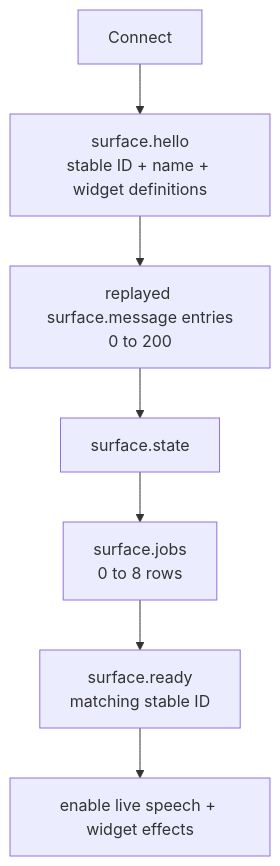
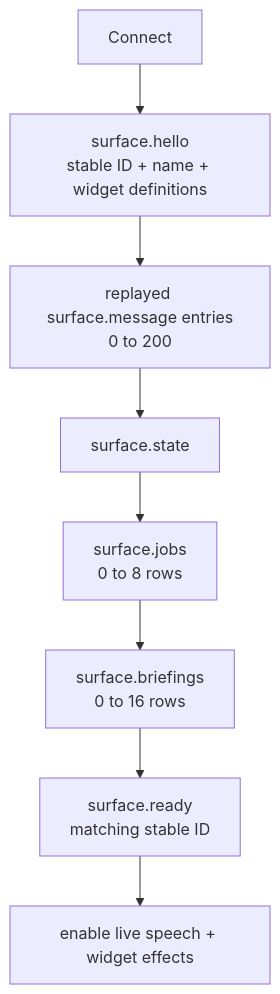
One commit to alexjercan/scufris2 changed the second of 6 diagrams in docs/src/dev/surfaces.md. Above: the diagram before and after it, drawn with Mermaid. The commit also changed other lines of this file and 51 other files, not shown here.

````diff
--- a/docs/src/dev/surfaces.md
+++ b/docs/src/dev/surfaces.md
@@ -46,9 +46,10 @@
 ```mermaid
 flowchart TB
     Connect --> Hello["surface.hello<br/>stable ID + name + widget definitions"]
     Hello --> Replay["replayed surface.message entries<br/>0 to 200"]
     Replay --> State[surface.state]
     State --> Jobs["surface.jobs<br/>0 to 8 rows"]
-    Jobs --> Ready["surface.ready<br/>matching stable ID"]
+    Jobs --> Briefings["surface.briefings<br/>0 to 16 rows"]
+    Briefings --> Ready["surface.ready<br/>matching stable ID"]
     Ready --> Live[enable live speech + widget effects]
 ```
````
